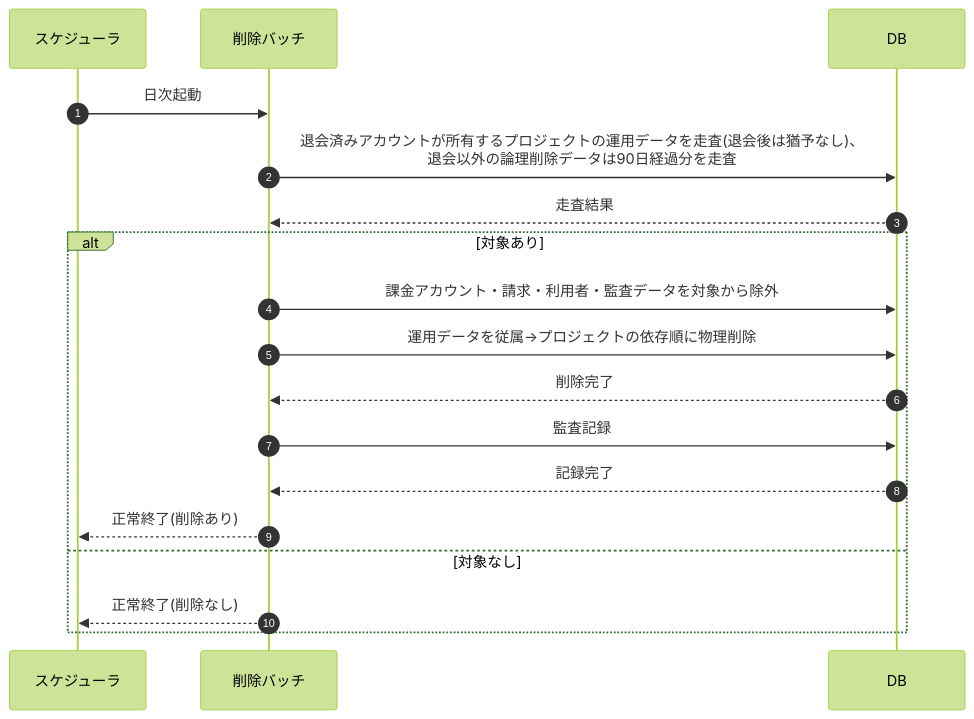
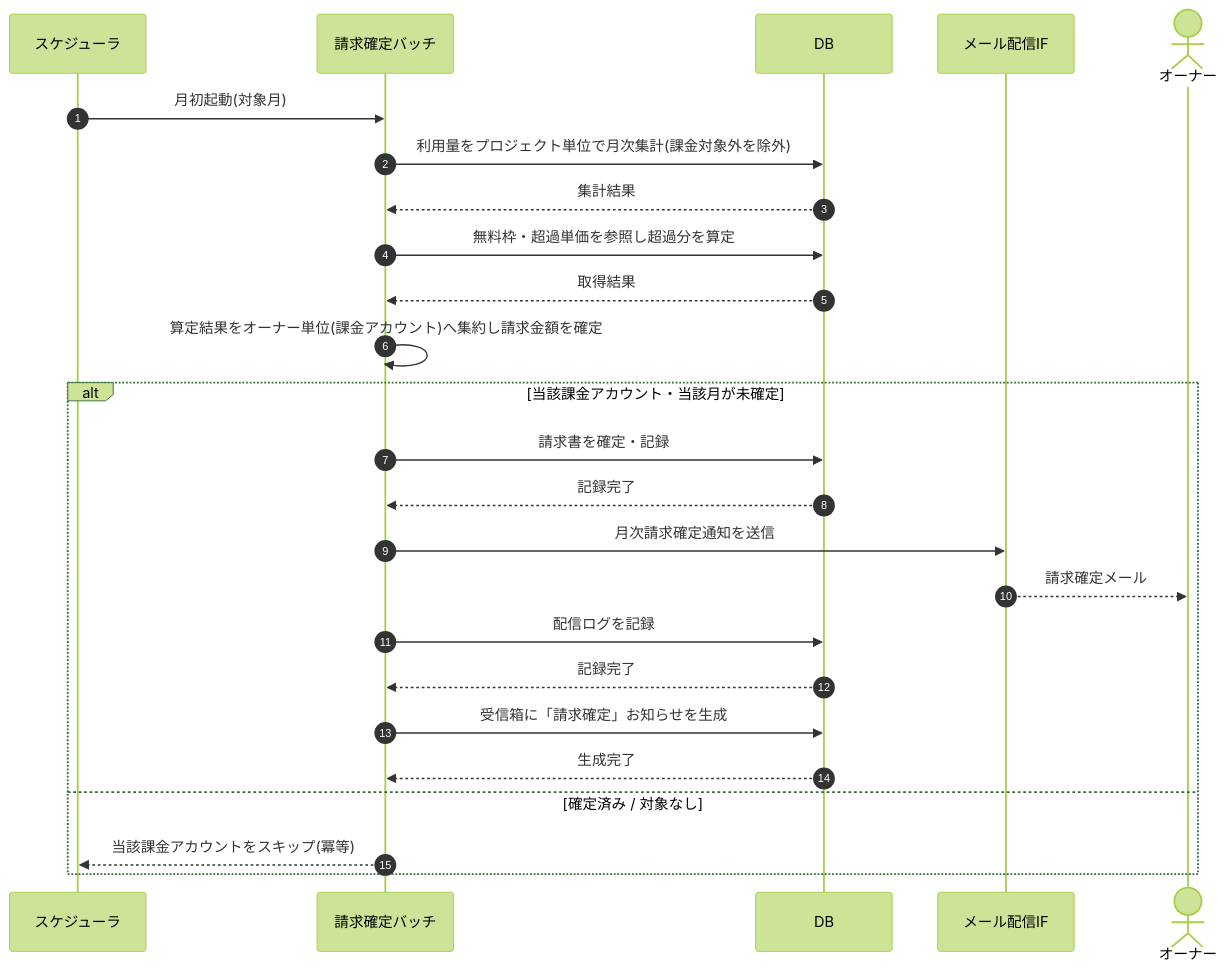
The diagram in 02_basic_design/03_sequences/SEQ-090.md (sikakou54/open-faq), drawn with Mermaid (forest theme) before and after one commit. The commit also changed other lines of this file and 99 other files, not shown here.

````diff
--- a/02_basic_design/03_sequences/SEQ-090.md
+++ b/02_basic_design/03_sequences/SEQ-090.md
@@ -25,20 +25,27 @@
 ```mermaid
 sequenceDiagram
   autonumber
   participant SCH as スケジューラ
-  participant B as 削除バッチ
+  participant B as 請求確定バッチ
   participant DB as DB
-  SCH->>B: 日次起動
-  B->>DB: 退会済みアカウントが所有するプロジェクトの運用データを走査(退会後は猶予なし)、<br/>退会以外の論理削除データは90日経過分を走査
-  DB-->>B: 走査結果
-  alt 対象あり
-    B->>DB: 課金アカウント・請求・利用者・監査データを対象から除外
-    B->>DB: 運用データを従属→プロジェクトの依存順に物理削除
-    DB-->>B: 削除完了
-    B->>DB: 監査記録
+  participant MAIL as メール配信IF
+  actor O as オーナー
+  SCH->>B: 月初起動(対象月)
+  B->>DB: 利用量をプロジェクト単位で月次集計(課金対象外を除外)
+  DB-->>B: 集計結果
+  B->>DB: 無料枠・超過単価を参照し超過分を算定
+  DB-->>B: 取得結果
+  B->>B: 算定結果をオーナー単位(課金アカウント)へ集約し請求金額を確定
+  alt 当該課金アカウント・当該月が未確定
+    B->>DB: 請求書を確定・記録
     DB-->>B: 記録完了
-    B-->>SCH: 正常終了(削除あり)
-  else 対象なし
-    B-->>SCH: 正常終了(削除なし)
+    B->>MAIL: 月次請求確定通知を送信
+    MAIL-->>O: 請求確定メール
+    B->>DB: 配信ログを記録
+    DB-->>B: 記録完了
+    B->>DB: 受信箱に「請求確定」お知らせを生成
+    DB-->>B: 生成完了
+  else 確定済み / 対象なし
+    B-->>SCH: 当該課金アカウントをスキップ(冪等)
   end
 ```
````
